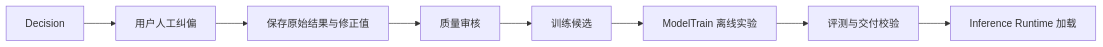
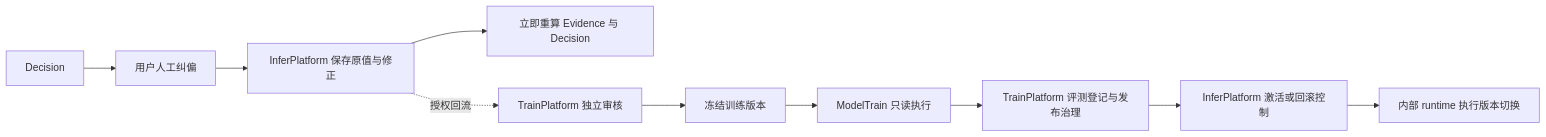
The fourth of 6 diagrams in ARCHITECTURE.md (QingMouFoodDate/ProjectPRD), drawn with Mermaid before and after one commit. The commit also changed other lines of this file and 17 other files, not shown here.

````diff
--- a/ARCHITECTURE.md
+++ b/ARCHITECTURE.md
@@ -143,10 +164,12 @@
 ```mermaid
 flowchart LR
     D["Decision"] --> C["用户人工纠偏"]
-    C --> R["保存原始结果与修正值"]
-    R --> Q["质量审核"]
-    Q --> T["训练候选"]
-    T --> M["ModelTrain 离线实验"]
-    M --> V["评测与交付校验"]
-    V --> I["Inference Runtime 加载"]
+    C --> R["InferPlatform 保存原值与修正"]
+    R --> B["立即重算 Evidence 与 Decision"]
+    R -.授权回流.-> Q["TrainPlatform 独立审核"]
+    Q --> T["冻结训练版本"]
+    T --> M["ModelTrain 只读执行"]
+    M --> V["TrainPlatform 评测登记与发布治理"]
+    V --> A["InferPlatform 激活或回滚控制"]
+    A --> I["内部 runtime 执行版本切换"]
 ```
````
